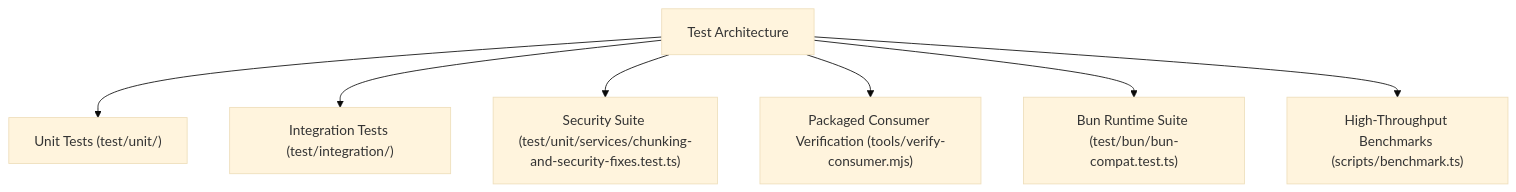
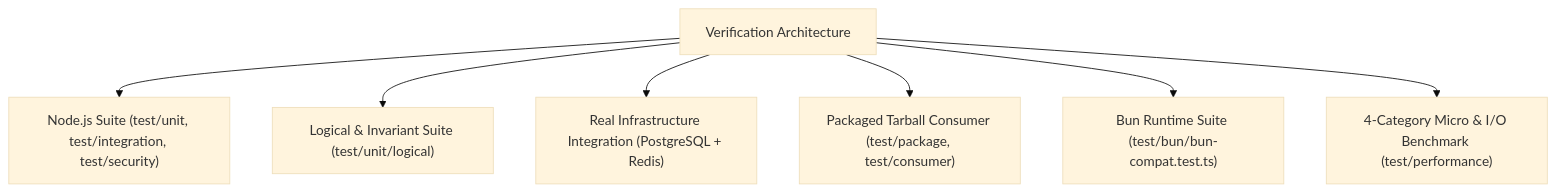
Before and after one commit to Denizsvnc/ai-rag-engine: the diagram in docs/audits/TEST_QUALITY.md, drawn with Mermaid (base theme). The commit also changed other lines of this file and 19 other files, not shown here.

First line of the commit message:
feat: harden release pipeline, logical invariants, and 4-category benchmarks

````diff
--- a/docs/audits/TEST_QUALITY.md
+++ b/docs/audits/TEST_QUALITY.md
@@ -13,9 +13,9 @@
 ```mermaid
 graph TD
-    A["Test Architecture"] --> B["Unit Tests (test/unit/)"]
-    A --> C["Integration Tests (test/integration/)"]
-    A --> D["Security Suite (test/unit/services/chunking-and-security-fixes.test.ts)"]
-    A --> E["Packaged Consumer Verification (tools/verify-consumer.mjs)"]
+    A["Verification Architecture"] --> B["Node.js Suite (test/unit, test/integration, test/security)"]
+    A --> C["Logical & Invariant Suite (test/unit/logical)"]
+    A --> D["Real Infrastructure Integration (PostgreSQL + Redis)"]
+    A --> E["Packaged Tarball Consumer (test/package, test/consumer)"]
     A --> F["Bun Runtime Suite (test/bun/bun-compat.test.ts)"]
-    A --> G["High-Throughput Benchmarks (scripts/benchmark.ts)"]
+    A --> G["4-Category Micro & I/O Benchmark (test/performance)"]
 ```
````
